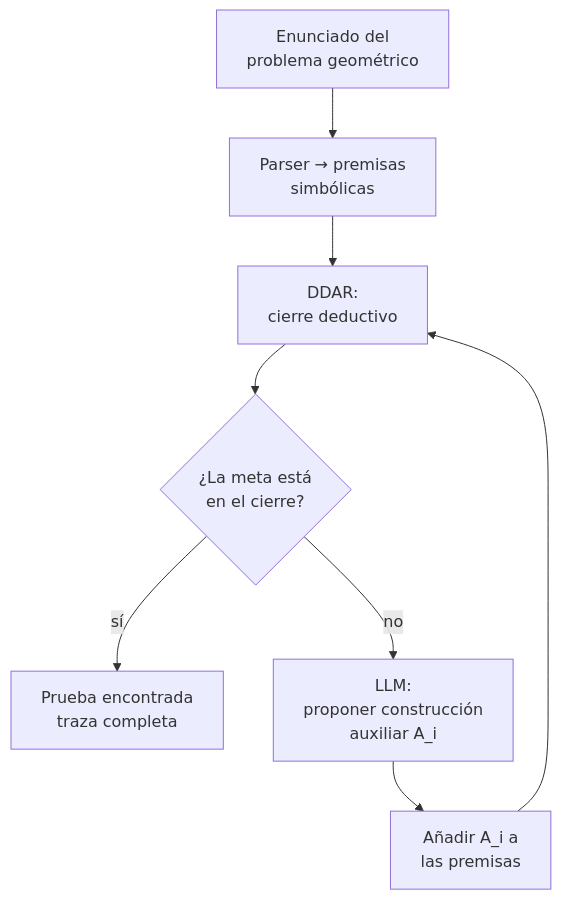
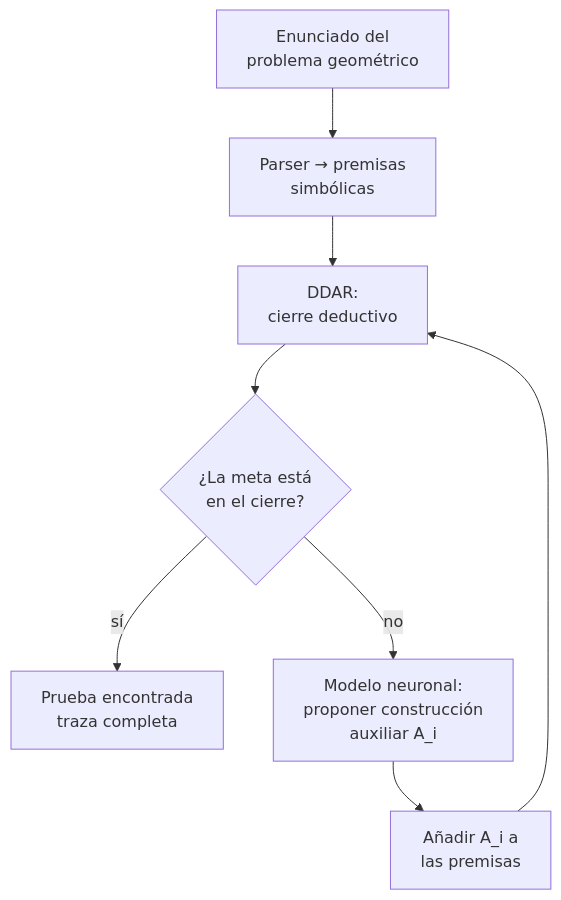
The seventh of 9 diagrams in Section3/NeSy-LLM_Use_cases_and_pipelines.md (PachecoE2020/IA-Neurosimb-lica-en-Grandes-Modelos-de-Lenguaje), drawn with Mermaid before and after one commit. The commit also changed other lines of this file and 47 other files, not shown here.

````diff
--- a/Section3/NeSy-LLM_Use_cases_and_pipelines.md
+++ b/Section3/NeSy-LLM_Use_cases_and_pipelines.md
@@ -464,10 +477,10 @@
 ```mermaid
 flowchart TB
     A[Enunciado del<br/>problema geométrico] --> B[Parser → premisas<br/>simbólicas]
     B --> C[DDAR:<br/>cierre deductivo]
     C --> D{¿La meta está<br/>en el cierre?}
     D -- sí --> E[Prueba encontrada<br/>traza completa]
-    D -- no --> F[LLM:<br/>proponer construcción<br/>auxiliar A_i]
+    D -- no --> F[Modelo neuronal:<br/>proponer construcción<br/>auxiliar A_i]
     F --> G[Añadir A_i a<br/>las premisas]
     G --> C
 ```
````
